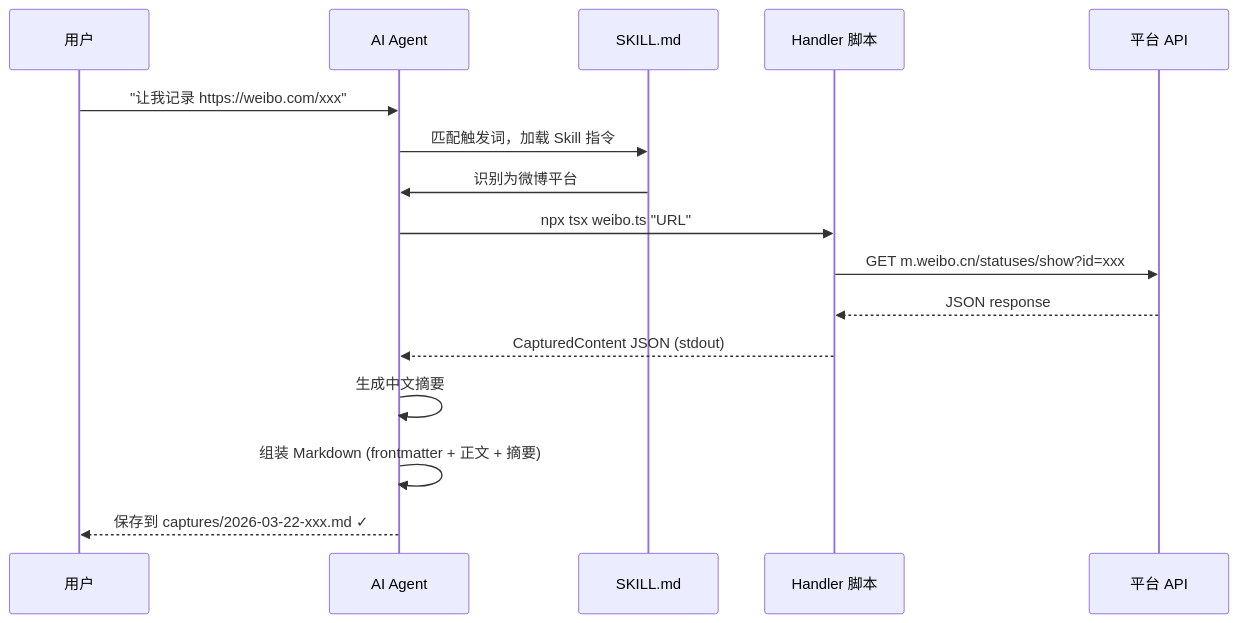
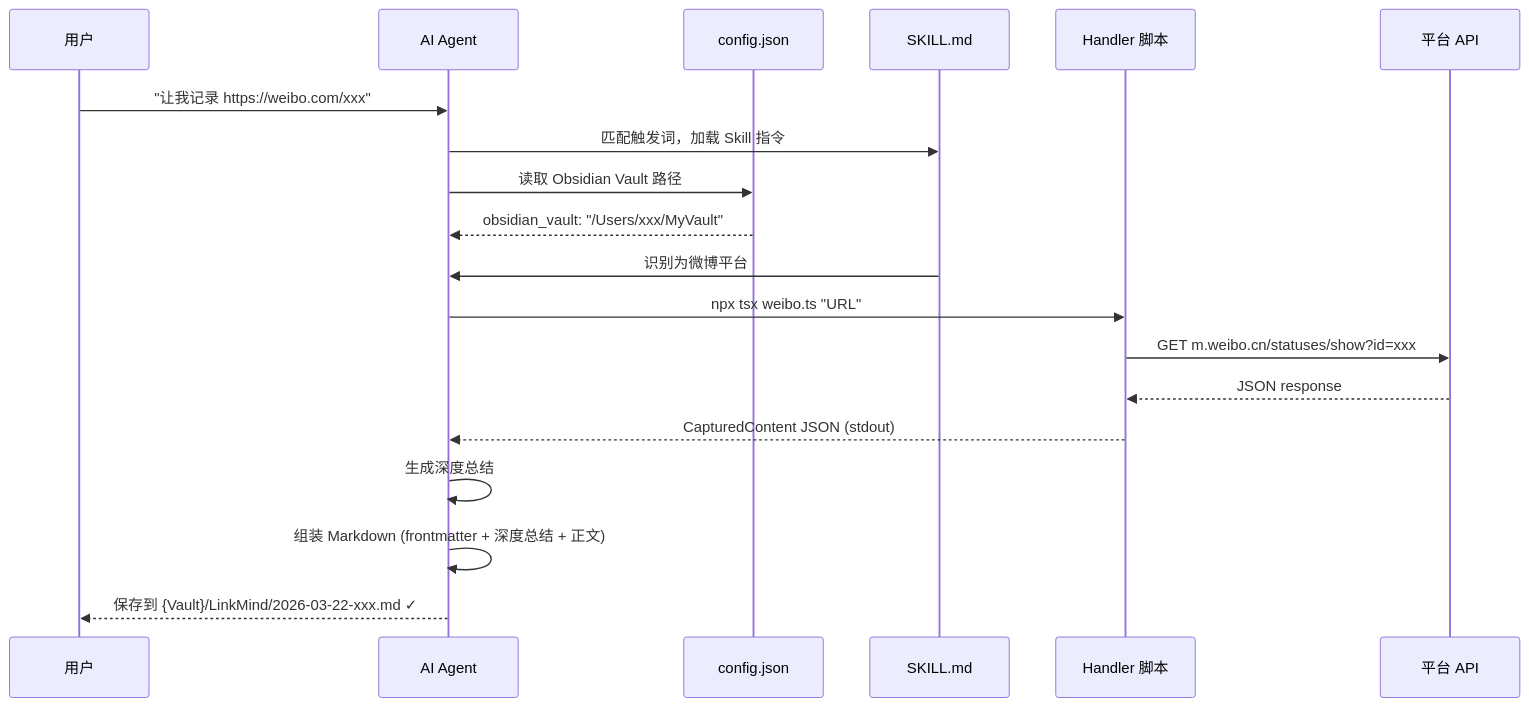
The fourth of 4 diagrams in docs/ARCH.md (tt-bltn/LinkMind), drawn with Mermaid before and after one commit. The commit also changed other lines of this file and 9 other files, not shown here.

````diff
--- a/docs/ARCH.md
+++ b/docs/ARCH.md
@@ -103,19 +108,22 @@
 ```mermaid
 sequenceDiagram
     participant U as 用户
     participant A as AI Agent
+    participant C as config.json
     participant S as SKILL.md
     participant H as Handler 脚本
     participant P as 平台 API
 
     U->>A: "让我记录 https://weibo.com/xxx"
     A->>S: 匹配触发词，加载 Skill 指令
+    A->>C: 读取 Obsidian Vault 路径
+    C-->>A: obsidian_vault: "/Users/xxx/MyVault"
     S->>A: 识别为微博平台
     A->>H: npx tsx weibo.ts "URL"
     H->>P: GET m.weibo.cn/statuses/show?id=xxx
     P-->>H: JSON response
     H-->>A: CapturedContent JSON (stdout)
-    A->>A: 生成中文摘要
-    A->>A: 组装 Markdown (frontmatter + 正文 + 摘要)
-    A-->>U: 保存到 captures/2026-03-22-xxx.md ✓
+    A->>A: 生成深度总结
+    A->>A: 组装 Markdown (frontmatter + 深度总结 + 正文)
+    A-->>U: 保存到 {Vault}/LinkMind/2026-03-22-xxx.md ✓
 ```
````
